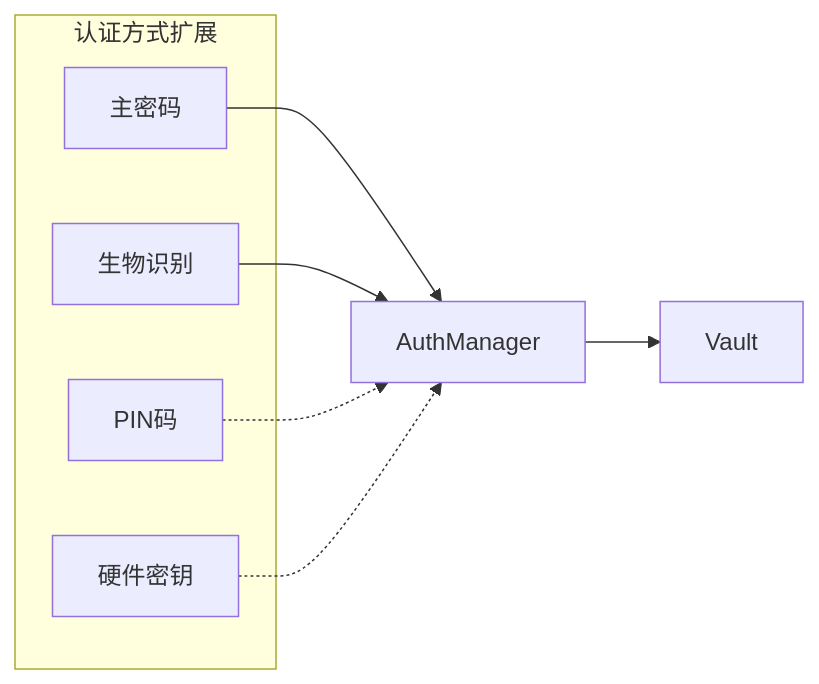
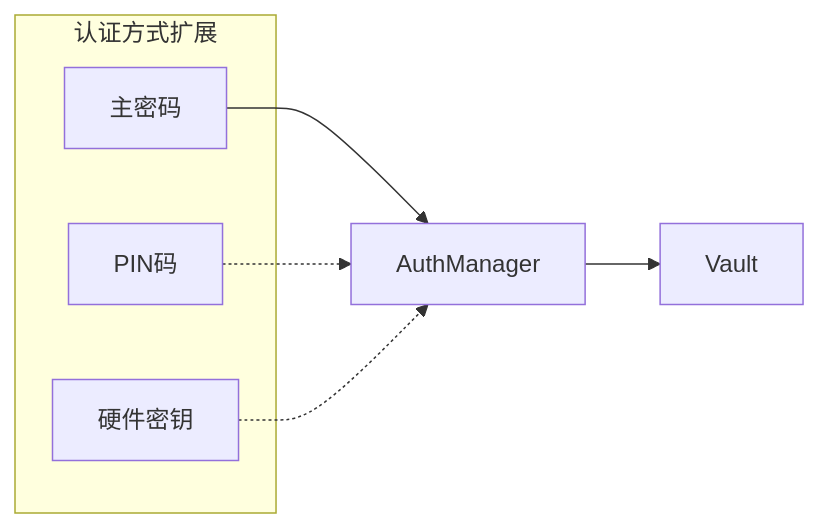
The second of 5 diagrams in wiki/架构文档/用户认证架构.md (morning-start/vaultly), drawn with Mermaid before and after one commit. The commit also changed other lines of this file and 20 other files, not shown here.

````diff
--- a/wiki/架构文档/用户认证架构.md
+++ b/wiki/架构文档/用户认证架构.md
@@ -85,16 +71,14 @@
 ```mermaid
 graph LR
     subgraph "认证方式扩展"
         MP[主密码]
-        BIO[生物识别]
         PIN[PIN码]
         HW[硬件密钥]
     end
     
     MP --> AuthManager
-    BIO --> AuthManager
     PIN -.-> AuthManager
     HW -.-> AuthManager
     
     AuthManager --> Vault
 ```
````
